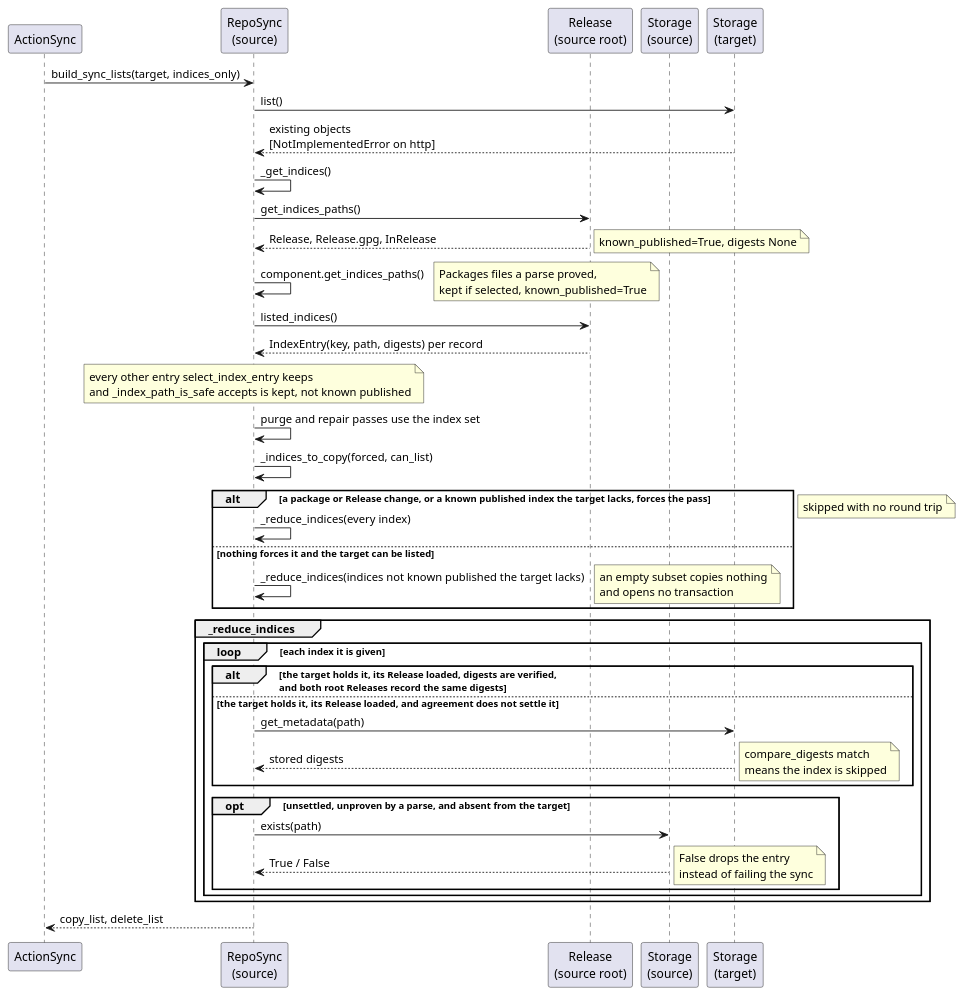
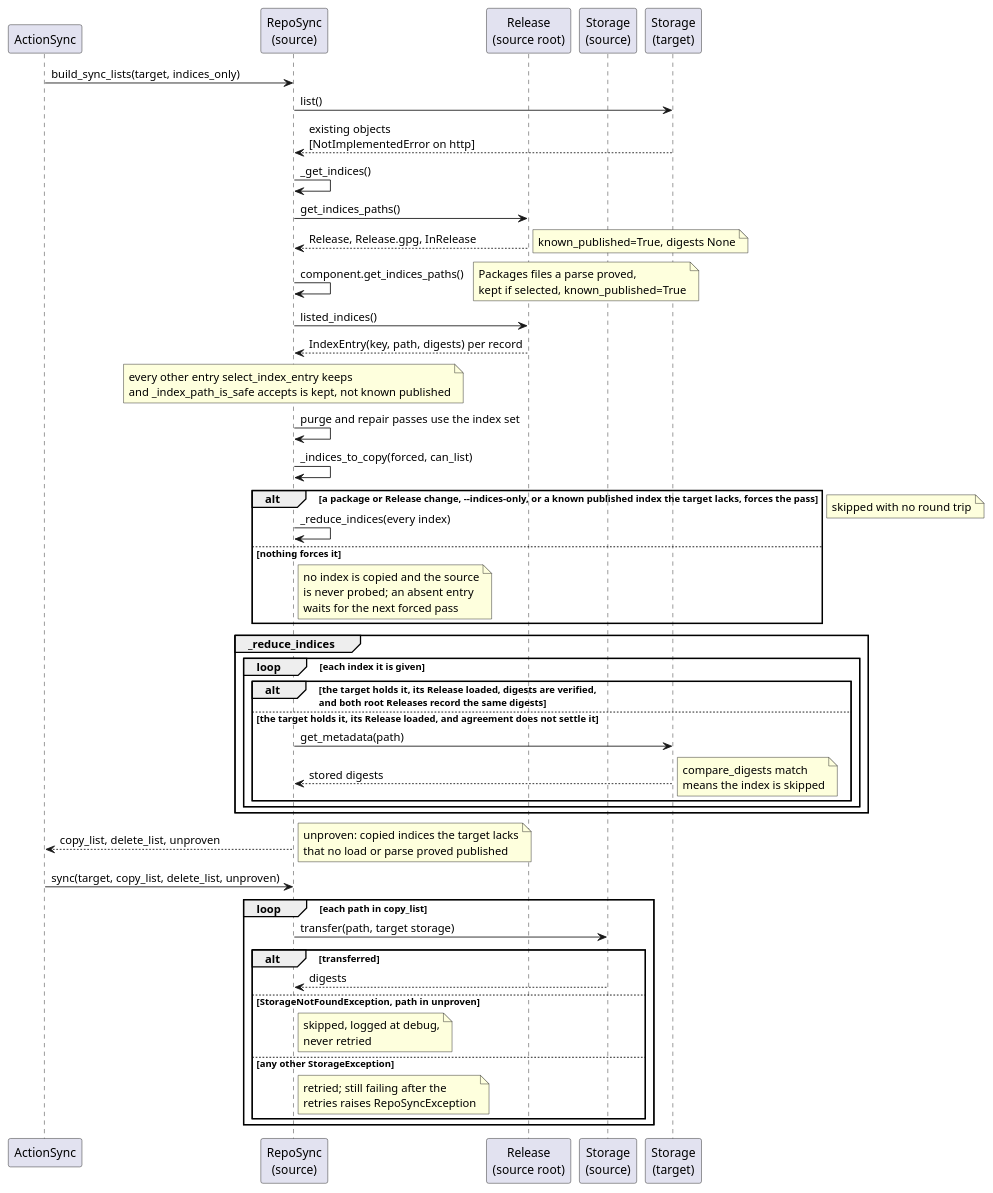
One commit to vinklat/debkit changed the diagram in docs/development/diagrams/repo-sync-indices-sequence.puml. Above: the diagram before and after it, drawn with PlantUML. The commit also changed 16 other files, not shown here.

First line of the commit message:
Settle unproven index publication at transfer instead of probing

```diff
--- a/docs/development/diagrams/repo-sync-indices-sequence.puml
+++ b/docs/development/diagrams/repo-sync-indices-sequence.puml
@@ -1,51 +1,58 @@
 @startuml
 participant ActionSync
 participant "RepoSync\n(source)" as Src
 participant "Release\n(source root)" as Rel
 participant "Storage\n(source)" as SStor
 participant "Storage\n(target)" as TStor
 
 ActionSync -> Src: build_sync_lists(target, indices_only)
 Src -> TStor: list()
 TStor --> Src: existing objects\n[NotImplementedError on http]
 
 Src -> Src: _get_indices()
 Src -> Rel: get_indices_paths()
 Rel --> Src: Release, Release.gpg, InRelease
 note right: known_published=True, digests None
 Src -> Src: component.get_indices_paths()
 note right: Packages files a parse proved,\nkept if selected, known_published=True
 Src -> Rel: listed_indices()
 Rel --> Src: IndexEntry(key, path, digests) per record
 
 note over Src: every other entry select_index_entry keeps\nand _index_path_is_safe accepts is kept, not known published
 
 Src -> Src: purge and repair passes use the index set
 
 Src -> Src: _indices_to_copy(forced, can_list)
-alt a package or Release change, or a known published index the target lacks, forces the pass
+alt a package or Release change, --indices-only, or a known published index the target lacks, forces the pass
   Src -> Src: _reduce_indices(every index)
-else nothing forces it and the target can be listed
-  Src -> Src: _reduce_indices(indices not known published the target lacks)
-  note right: an empty subset copies nothing\nand opens no transaction
+else nothing forces it
+  note right of Src: no index is copied and the source\nis never probed; an absent entry\nwaits for the next forced pass
 end
 
 group _reduce_indices
   loop each index it is given
     alt the target holds it, its Release loaded, digests are verified,\nand both root Releases record the same digests
       note right: skipped with no round trip
     else the target holds it, its Release loaded, and agreement does not settle it
       Src -> TStor: get_metadata(path)
       TStor --> Src: stored digests
       note right: compare_digests match\nmeans the index is skipped
     end
-    opt unsettled, unproven by a parse, and absent from the target
-      Src -> SStor: exists(path)
-      SStor --> Src: True / False
-      note right: False drops the entry\ninstead of failing the sync
-    end
   end
 end
 
-Src --> ActionSync: copy_list, delete_list
+Src --> ActionSync: copy_list, delete_list, unproven
+note right: unproven: copied indices the target lacks\nthat no load or parse proved published
+
+ActionSync -> Src: sync(target, copy_list, delete_list, unproven)
+loop each path in copy_list
+  Src -> SStor: transfer(path, target storage)
+  alt transferred
+    SStor --> Src: digests
+  else StorageNotFoundException, path in unproven
+    note right of Src: skipped, logged at debug,\nnever retried
+  else any other StorageException
+    note right of Src: retried; still failing after the\nretries raises RepoSyncException
+  end
+end
 @enduml
```
